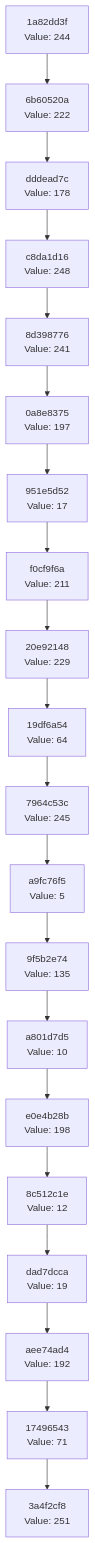
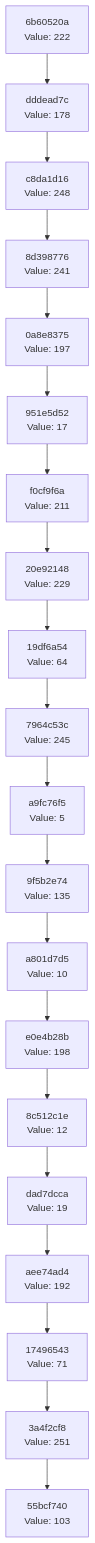
One commit to Abhisheksinha1506/hash-chain-evolver changed the diagram in docs/CHAIN_VISUALIZATION.md. Above: the diagram before and after it, drawn with Mermaid. The commit also changed 1 other file, not shown here.

Commit message:
Evolution step: hash 0x67 → action executed

````diff
--- a/docs/CHAIN_VISUALIZATION.md
+++ b/docs/CHAIN_VISUALIZATION.md
@@ -3,42 +3,42 @@
 ```mermaid
 graph TD
-    C0["3a4f2cf8<br/>Value: 251"]
-    C1["17496543<br/>Value: 71"]
+    C0["55bcf740<br/>Value: 103"]
+    C1["3a4f2cf8<br/>Value: 251"]
     C1 --> C0
-    C2["aee74ad4<br/>Value: 192"]
+    C2["17496543<br/>Value: 71"]
     C2 --> C1
-    C3["dad7dcca<br/>Value: 19"]
+    C3["aee74ad4<br/>Value: 192"]
     C3 --> C2
-    C4["8c512c1e<br/>Value: 12"]
+    C4["dad7dcca<br/>Value: 19"]
     C4 --> C3
-    C5["e0e4b28b<br/>Value: 198"]
+    C5["8c512c1e<br/>Value: 12"]
     C5 --> C4
-    C6["a801d7d5<br/>Value: 10"]
+    C6["e0e4b28b<br/>Value: 198"]
     C6 --> C5
-    C7["9f5b2e74<br/>Value: 135"]
+    C7["a801d7d5<br/>Value: 10"]
     C7 --> C6
-    C8["a9fc76f5<br/>Value: 5"]
+    C8["9f5b2e74<br/>Value: 135"]
     C8 --> C7
-    C9["7964c53c<br/>Value: 245"]
+    C9["a9fc76f5<br/>Value: 5"]
     C9 --> C8
-    C10["19df6a54<br/>Value: 64"]
+    C10["7964c53c<br/>Value: 245"]
     C10 --> C9
-    C11["20e92148<br/>Value: 229"]
+    C11["19df6a54<br/>Value: 64"]
     C11 --> C10
-    C12["f0cf9f6a<br/>Value: 211"]
+    C12["20e92148<br/>Value: 229"]
     C12 --> C11
-    C13["951e5d52<br/>Value: 17"]
+    C13["f0cf9f6a<br/>Value: 211"]
     C13 --> C12
-    C14["0a8e8375<br/>Value: 197"]
+    C14["951e5d52<br/>Value: 17"]
     C14 --> C13
-    C15["8d398776<br/>Value: 241"]
+    C15["0a8e8375<br/>Value: 197"]
     C15 --> C14
-    C16["c8da1d16<br/>Value: 248"]
+    C16["8d398776<br/>Value: 241"]
     C16 --> C15
-    C17["dddead7c<br/>Value: 178"]
+    C17["c8da1d16<br/>Value: 248"]
     C17 --> C16
-    C18["6b60520a<br/>Value: 222"]
+    C18["dddead7c<br/>Value: 178"]
     C18 --> C17
-    C19["1a82dd3f<br/>Value: 244"]
+    C19["6b60520a<br/>Value: 222"]
     C19 --> C18
 ```
````
